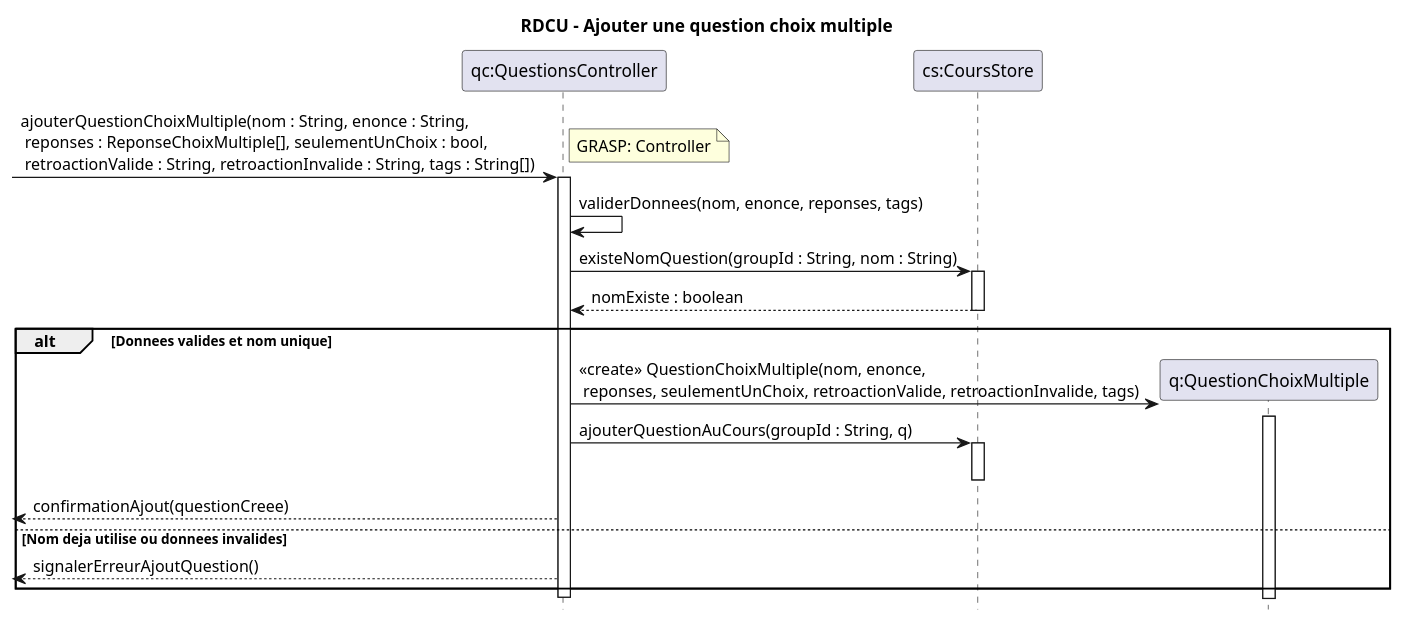
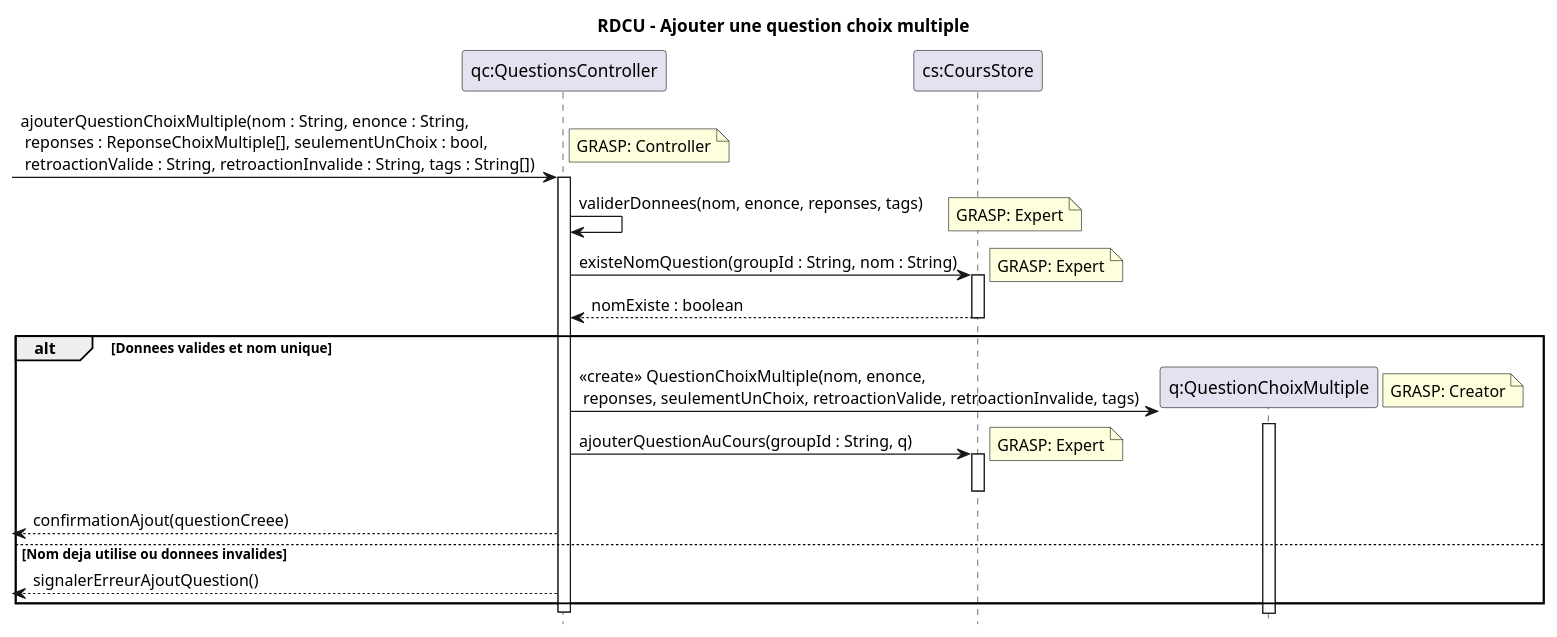
One commit to xMrYahya/moodle-clone changed the diagram in docs/modeles/cu02/rdcu-ajouter-question-choix-multiple.puml. Above: the diagram before and after it, drawn with PlantUML. The commit also changed 17 other files, not shown here.

```diff
--- a/docs/modeles/cu02/rdcu-ajouter-question-choix-multiple.puml
+++ b/docs/modeles/cu02/rdcu-ajouter-question-choix-multiple.puml
@@ -1,36 +1,40 @@
 @startuml
 hide footbox
 title RDCU - Ajouter une question choix multiple
 
 participant "qc:QuestionsController" as QC
 participant "cs:CoursStore" as CS
 participant "q:QuestionChoixMultiple" as Q
 
 -> QC : ajouterQuestionChoixMultiple(nom : String, enonce : String,\n reponses : ReponseChoixMultiple[], seulementUnChoix : bool,\n retroactionValide : String, retroactionInvalide : String, tags : String[])
 note right: GRASP: Controller
 activate QC
 
 QC -> QC : validerDonnees(nom, enonce, reponses, tags)
+note right: GRASP: Expert
 
 QC -> CS : existeNomQuestion(groupId : String, nom : String)
+note right: GRASP: Expert
 activate CS
 CS --> QC : nomExiste : boolean
 deactivate CS
 
 alt Donnees valides et nom unique
   create Q
   QC -> Q : <<create>> QuestionChoixMultiple(nom, enonce,\n reponses, seulementUnChoix, retroactionValide, retroactionInvalide, tags)
+  note right: GRASP: Creator
   activate Q
   deactivate Q
 
   QC -> CS : ajouterQuestionAuCours(groupId : String, q)
+  note right: GRASP: Expert
   activate CS
   deactivate CS
 
   <-- QC : confirmationAjout(questionCreee)
 else Nom deja utilise ou donnees invalides
   <-- QC : signalerErreurAjoutQuestion()
 end
 
 deactivate QC
 @enduml
```
